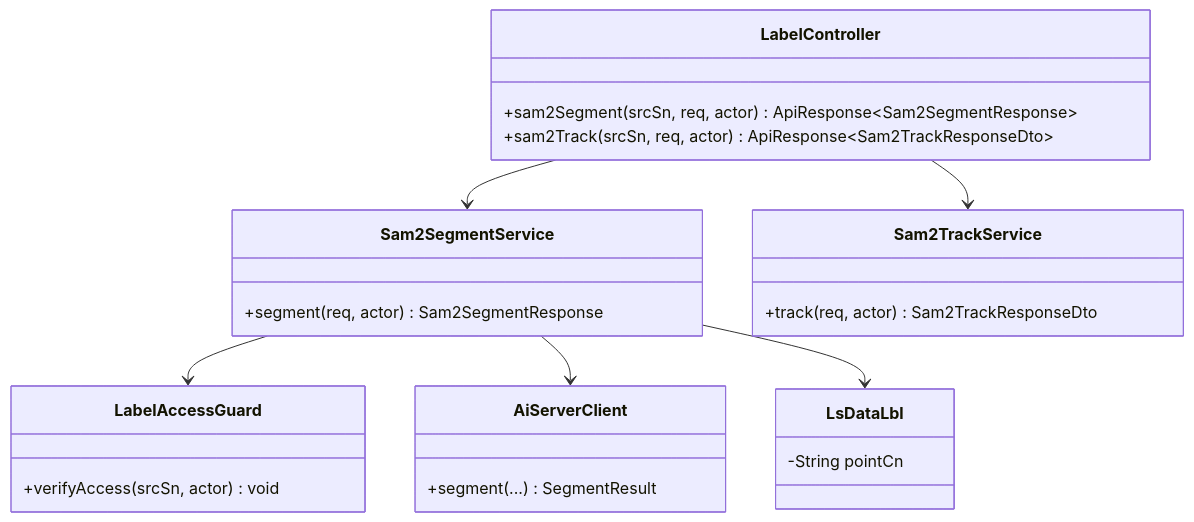
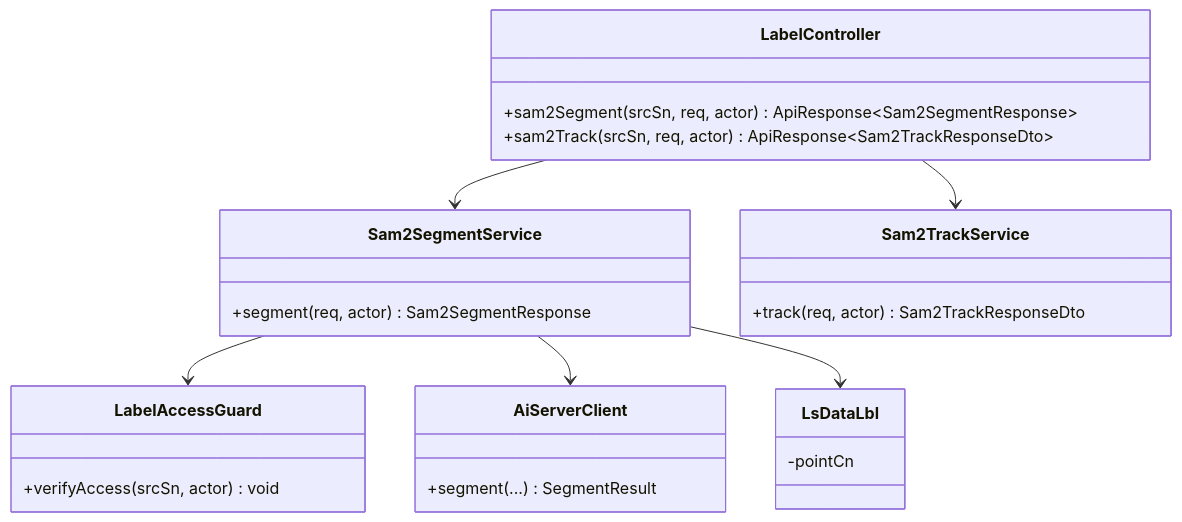
Diagram 18 of 26 in docs/design/D1-클래스설계서.md (New-stella/klid-label), drawn with Mermaid before and after one commit. The commit also changed other lines of this file and 32 other files, not shown here.

````diff
--- a/docs/design/D1-클래스설계서.md
+++ b/docs/design/D1-클래스설계서.md
@@ -897,27 +872,27 @@
 ```mermaid
 classDiagram
     class LabelController {
         +sam2Segment(srcSn, req, actor) ApiResponse~Sam2SegmentResponse~
         +sam2Track(srcSn, req, actor) ApiResponse~Sam2TrackResponseDto~
     }
     class Sam2SegmentService {
         +segment(req, actor) Sam2SegmentResponse
     }
     class Sam2TrackService {
         +track(req, actor) Sam2TrackResponseDto
     }
     class LabelAccessGuard {
         +verifyAccess(srcSn, actor) void
     }
     class AiServerClient {
         +segment(...) SegmentResult
     }
     class LsDataLbl {
-        -String pointCn
+        -pointCn
     }
     LabelController --> Sam2SegmentService
     LabelController --> Sam2TrackService
     Sam2SegmentService --> LabelAccessGuard
     Sam2SegmentService --> AiServerClient
     Sam2SegmentService --> LsDataLbl
 ```
````
